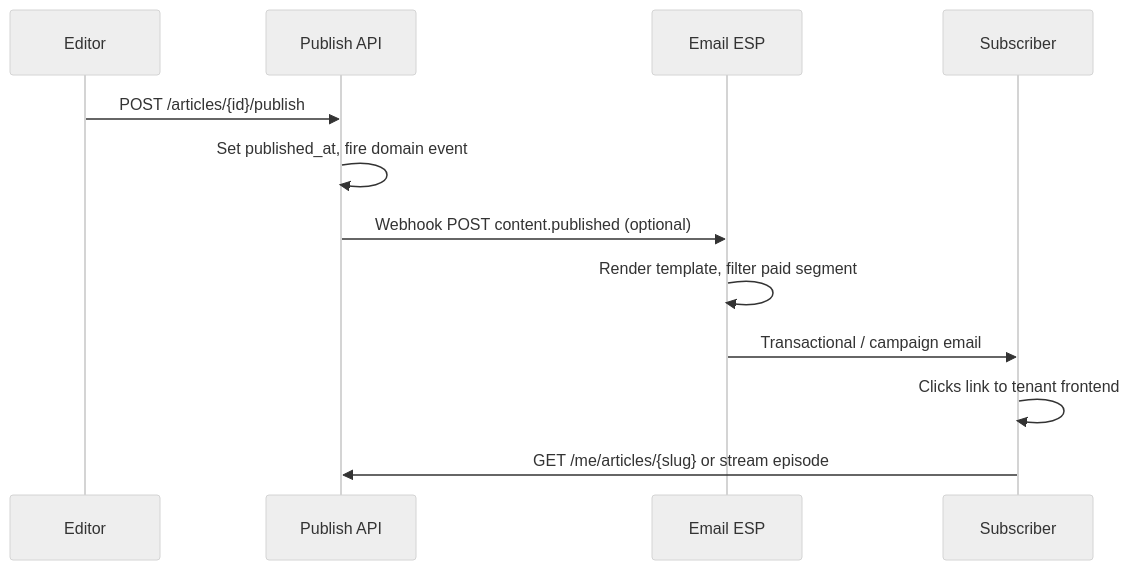
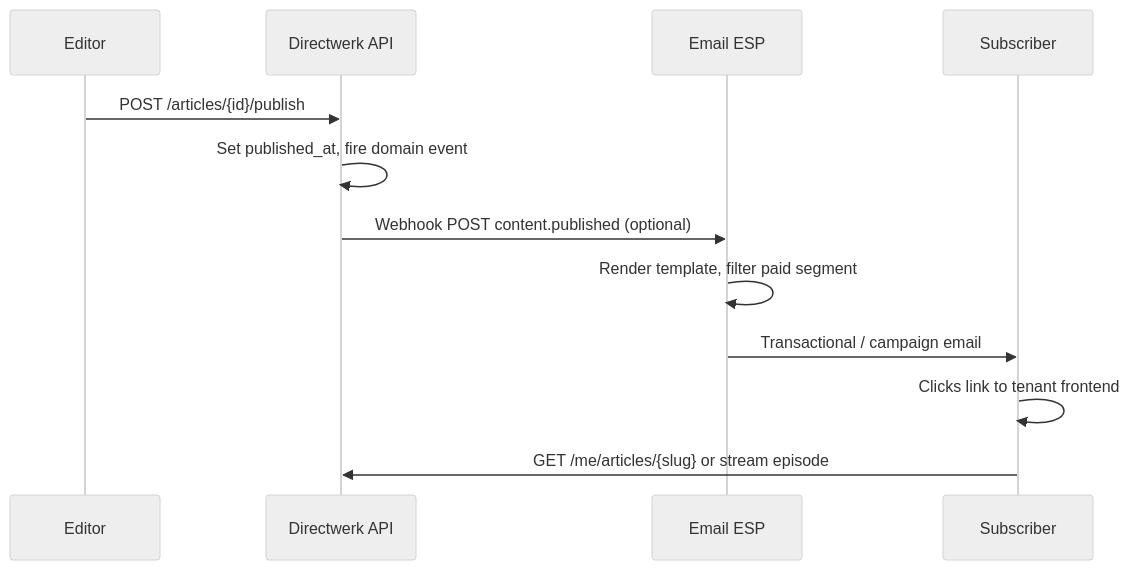
Before and after one commit to LucaNerlich/directwerk: the fourth of 5 diagrams in docs/content-platform-strategy.md, drawn with Mermaid (neutral theme). The commit also changed other lines of this file and 495 other files, not shown here.

Commit message:
rename publish to directwerk

````diff
--- a/docs/content-platform-strategy.md
+++ b/docs/content-platform-strategy.md
@@ -268,15 +268,15 @@
 ```mermaid
 sequenceDiagram
     participant Editor
-    participant API as Publish API
+    participant API as Directwerk API
     participant ESP as Email ESP
     participant Sub as Subscriber
 
     Editor->>API: POST /articles/{id}/publish
     API->>API: Set published_at, fire domain event
     API->>ESP: Webhook POST content.published (optional)
     ESP->>ESP: Render template, filter paid segment
     ESP->>Sub: Transactional / campaign email
     Sub->>Sub: Clicks link to tenant frontend
     Sub->>API: GET /me/articles/{slug} or stream episode
 ```
````
